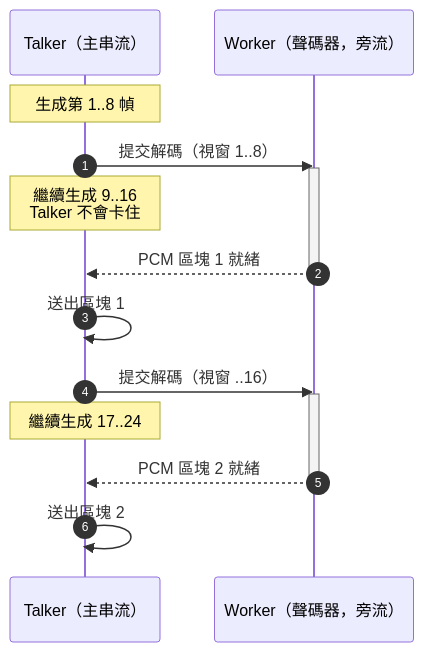
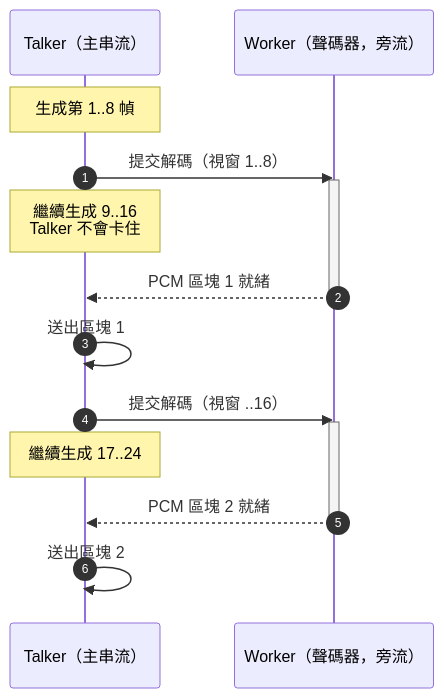
Before and after one commit to jayng9663/blog: the fourth of 5 diagrams in content/post/coding/qwen3-tts-streaming/index.zh-hant-tw.md, drawn with Mermaid. The commit also changed other lines of this file and 1 other file, not shown here.

````diff
--- a/content/post/coding/qwen3-tts-streaming/index.zh-hant-tw.md
+++ b/content/post/coding/qwen3-tts-streaming/index.zh-hant-tw.md
@@ -187,19 +202,20 @@
 ```mermaid
+%%{init: {"sequence": {"actorMargin": 70, "boxMargin": 12, "noteMargin": 14, "messageFontSize": 16, "actorFontSize": 17, "noteFontSize": 15}}}%%
 sequenceDiagram
     autonumber
     participant T as Talker（主串流）
     participant W as Worker（聲碼器，旁流）
     Note over T: 生成第 1..8 幀
     T->>W: 提交解碼（視窗 1..8）
     activate W
     Note over T: 繼續生成 9..16<br/>Talker 不會卡住
     W-->>T: PCM 區塊 1 就緒
     deactivate W
     T->>T: 送出區塊 1
     T->>W: 提交解碼（視窗 ..16）
     activate W
     Note over T: 繼續生成 17..24
     W-->>T: PCM 區塊 2 就緒
     deactivate W
     T->>T: 送出區塊 2
 ```
````
